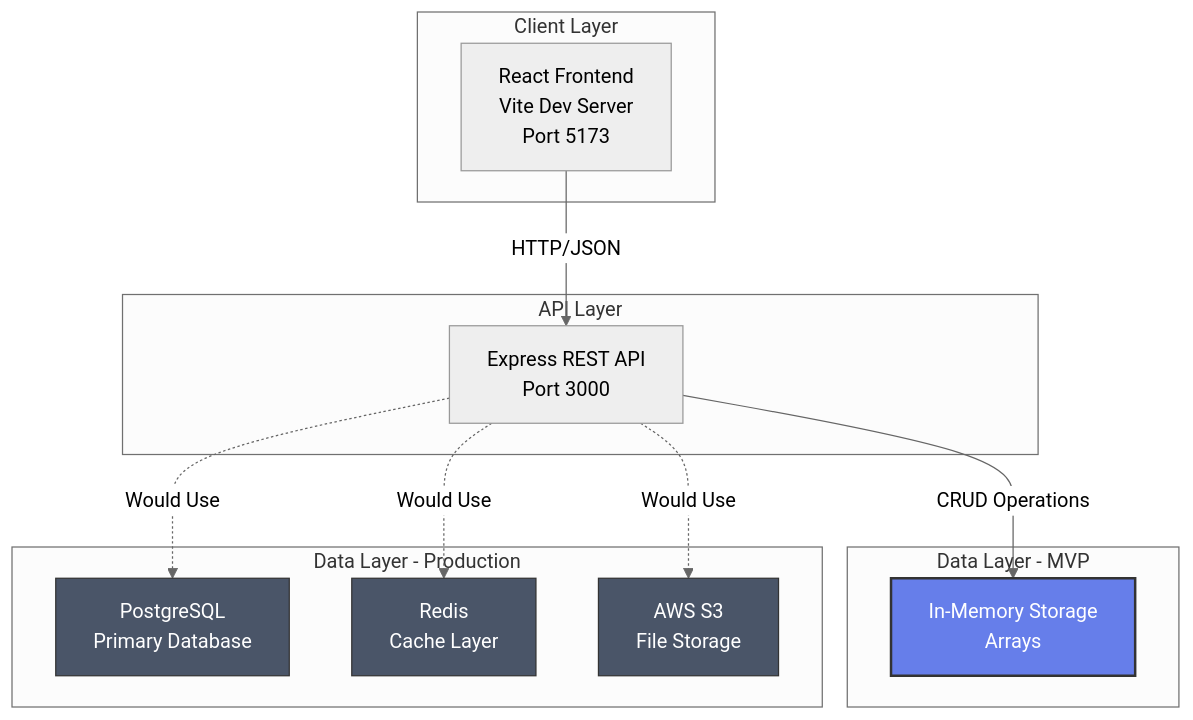
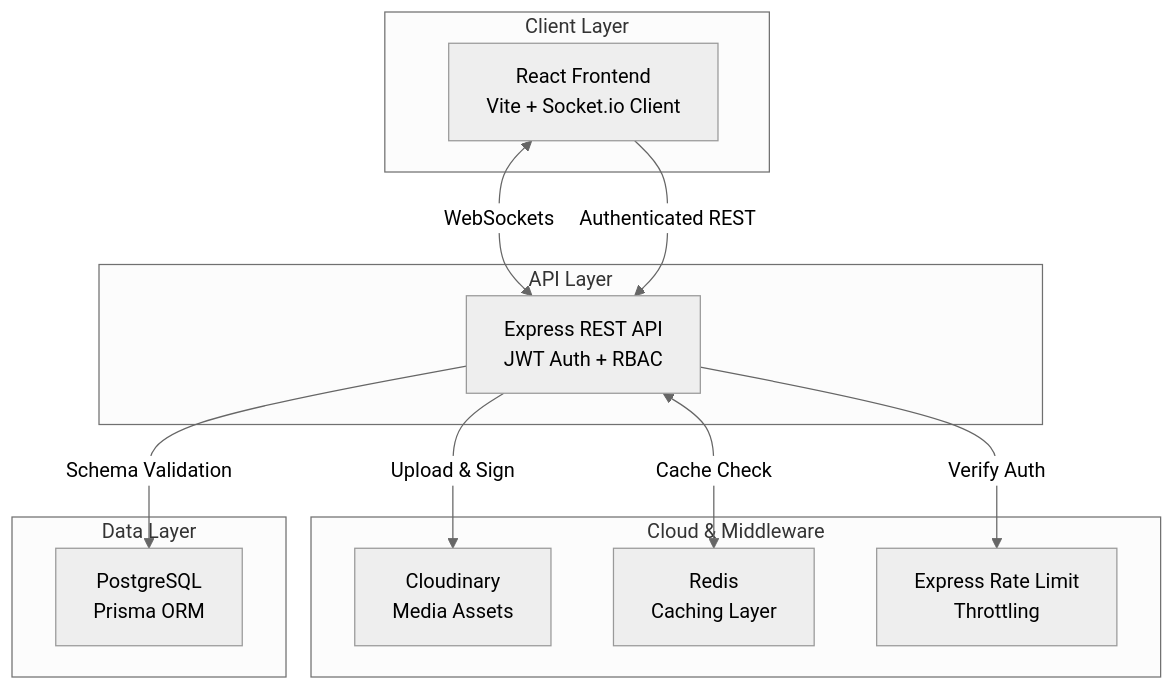
Before and after one commit to nizamuddin-solangi/SyncScript-Project: the diagram in README.md, drawn with Mermaid (neutral theme). The commit also changed other lines of this file and 28 other files, not shown here.

````diff
--- a/README.md
+++ b/README.md
@@ -57,31 +58,27 @@
 ```mermaid
 graph TB
     subgraph "Client Layer"
-        A[React Frontend<br/>Vite Dev Server<br/>Port 5173]
+        A[React Frontend<br/>Vite + Socket.io Client]
+    end
+    
+    subgraph "Cloud & Middleware"
+        G[Cloudinary<br/>Media Assets]
+        H[Redis<br/>Caching Layer]
+        I[Express Rate Limit<br/>Throttling]
     end
     
     subgraph "API Layer"
-        B[Express REST API<br/>Port 3000]
+        B[Express REST API<br/>JWT Auth + RBAC]
     end
     
-    subgraph "Data Layer - MVP"
-        C[In-Memory Storage<br/>Arrays]
+    subgraph "Data Layer"
+        D[PostgreSQL<br/>Prisma ORM]
     end
     
-    subgraph "Data Layer - Production"
-        D[PostgreSQL<br/>Primary Database]
-        E[Redis<br/>Cache Layer]
-        F[AWS S3<br/>File Storage]
-    end
-    
-    A -->|HTTP/JSON| B
-    B -->|CRUD Operations| C
-    B -.->|Would Use| D
-    B -.->|Would Use| E
-    B -.->|Would Use| F
-    
-    style C fill:#667eea,stroke:#333,stroke-width:2px,color:#fff
-    style D fill:#4a5568,stroke:#333,stroke-width:1px,color:#fff
-    style E fill:#4a5568,stroke:#333,stroke-width:1px,color:#fff
-    style F fill:#4a5568,stroke:#333,stroke-width:1px,color:#fff
+    A <-->|WebSockets| B
+    A -->|Authenticated REST| B
+    B -->|Schema Validation| D
+    B <-->|Cache Check| H
+    B -->|Upload & Sign| G
+    B -->|Verify Auth| I
 ```
````
